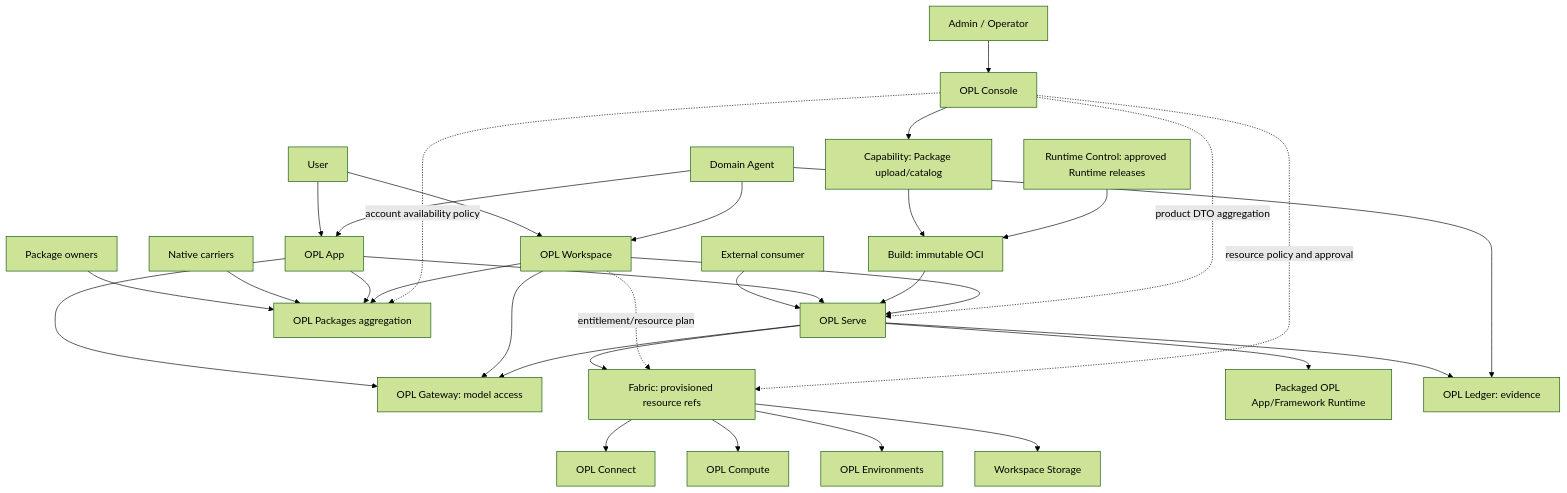
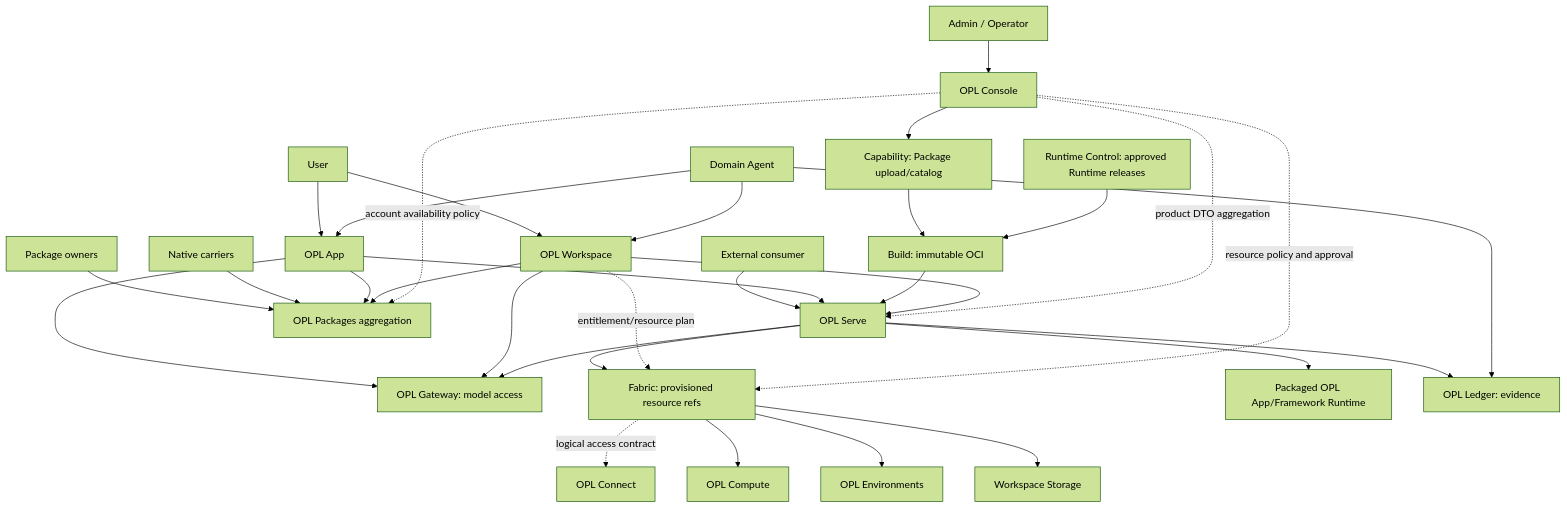
Before and after one commit to gaofeng21cn/one-person-lab-cloud: the diagram in docs/architecture.md, drawn with Mermaid (forest theme). The commit also changed other lines of this file and 9 other files, not shown here.

````diff
--- a/docs/architecture.md
+++ b/docs/architecture.md
@@ -282,38 +282,38 @@
 ```mermaid
 flowchart TB
   User[User] --> App[OPL App]
   User --> Workspace[OPL Workspace]
   Consumer[External consumer] --> Serve[OPL Serve]
   Admin[Admin / Operator] --> Console[OPL Console]
   Domain[Domain Agent] --> App
   Domain --> Workspace
 
   App --> Gateway[OPL Gateway]
   Workspace --> Gateway
   Owners[Package owners] --> Packages[OPL Packages aggregation]
   Carriers[Native carriers] --> Packages
   App --> Packages
   Workspace --> Packages
   Console -. account availability policy .-> Packages
 
   App --> Serve
   Console --> Capability[Capability: Package upload/catalog]
   Capability --> Build[Build: immutable OCI]
   RuntimeControl[Runtime Control: approved Runtime releases] --> Build
   Build --> Serve
   Workspace --> Serve
   Serve --> Fabric[Fabric: provisioned resource refs]
   Serve --> AgentRuntime[Packaged OPL App/Framework Runtime]
   Console -. product DTO aggregation .-> Serve
 
   Workspace -. entitlement/resource plan .-> Fabric
   Console -. resource policy and approval .-> Fabric
   Serve --> Gateway[OPL Gateway: model access]
   Serve --> Ledger[OPL Ledger: evidence]
 
-  Fabric --> Connect[OPL Connect]
+  Fabric -. logical access contract .-> Connect[OPL Connect]
   Fabric --> Compute[OPL Compute]
   Fabric --> Environments[OPL Environments]
   Fabric --> Storage[Workspace Storage]
   Domain --> Ledger
 ```
````
